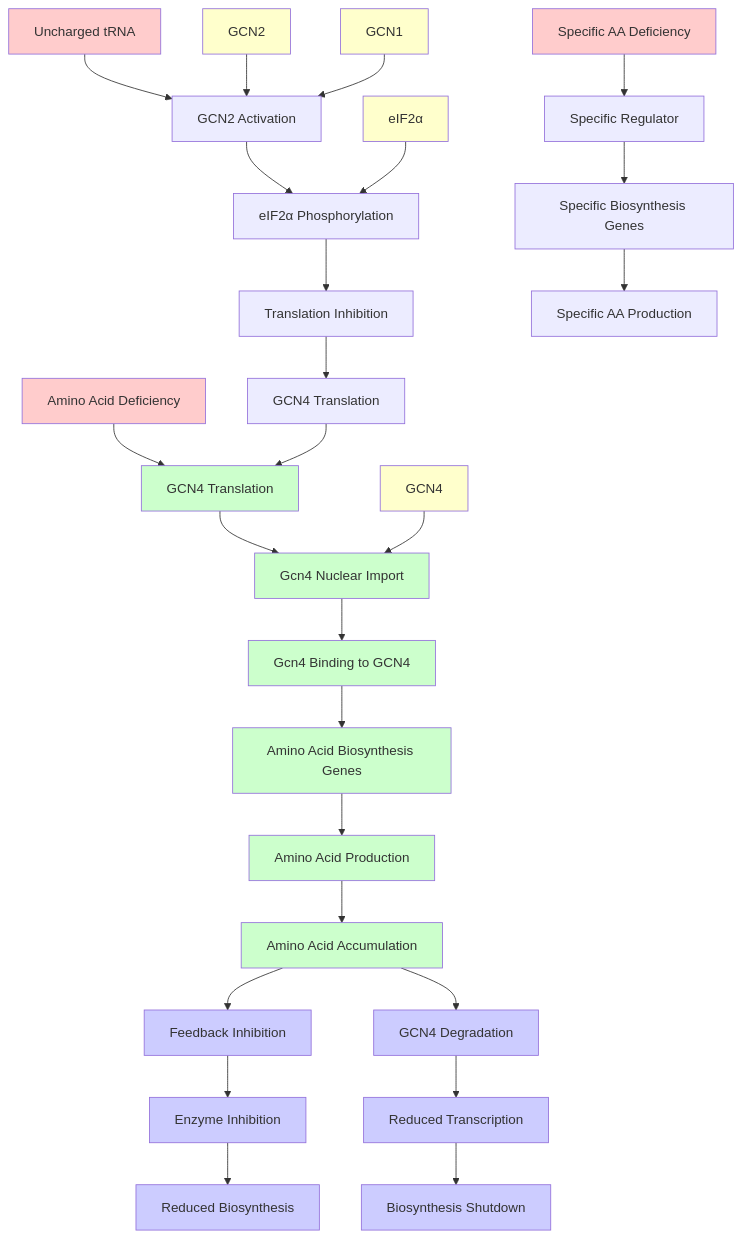
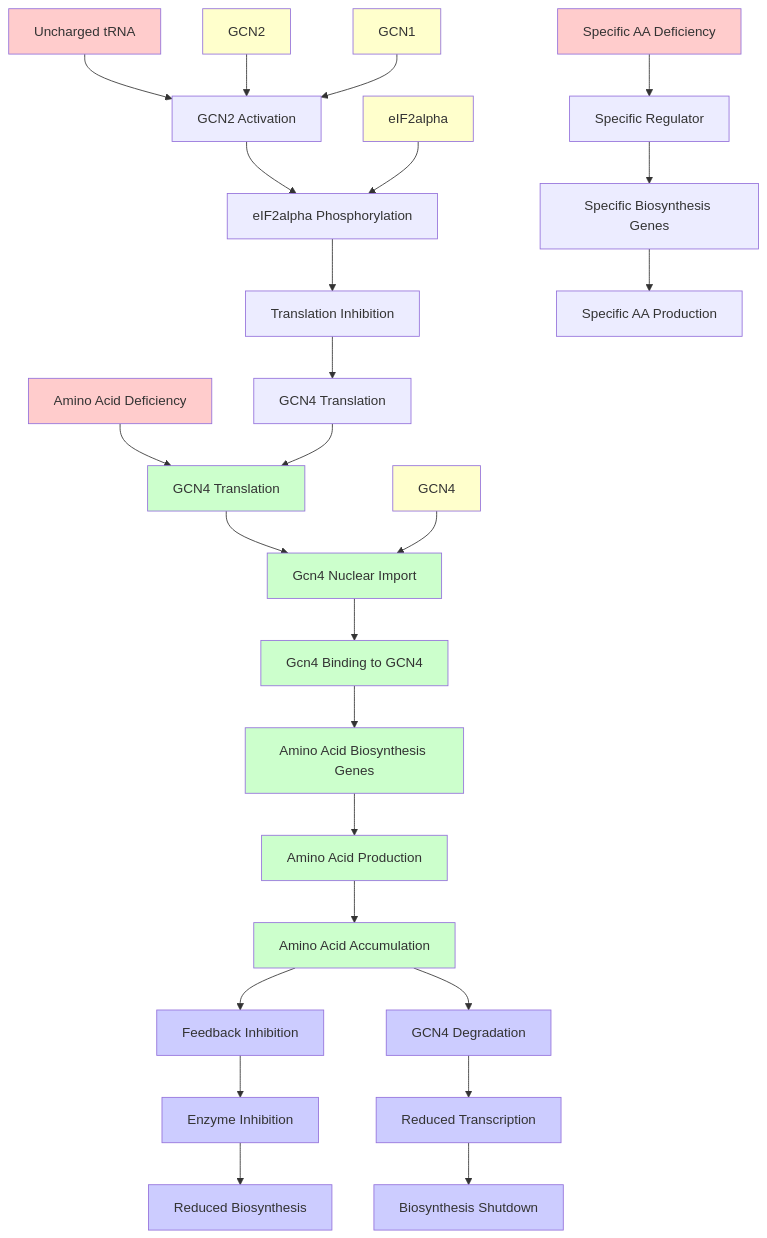
One commit to garywelz/glmp changed the diagram in docs/paper/community/contributions/new_charts/amino_acid_biosynthesis_regulation.mmd. Above: the diagram before and after it, drawn with Mermaid. The commit also changed 30 other files, not shown here.

Commit message:
Update greek letters and prime notation in multiple diagrams

```diff
--- a/docs/paper/community/contributions/new_charts/amino_acid_biosynthesis_regulation.mmd
+++ b/docs/paper/community/contributions/new_charts/amino_acid_biosynthesis_regulation.mmd
@@ -1,44 +1,44 @@
 flowchart TD
     A[Amino Acid Deficiency] --> B[GCN4 Translation]
     B --> C[Gcn4 Nuclear Import]
     C --> D[Gcn4 Binding to GCN4]
     D --> E[Amino Acid Biosynthesis Genes]
     E --> F[Amino Acid Production]
     F --> G[Amino Acid Accumulation]
     G --> H[Feedback Inhibition]
     H --> I[Enzyme Inhibition]
     I --> J[Reduced Biosynthesis]
     
     %% GCN2 pathway
     K[Uncharged tRNA] --> L[GCN2 Activation]
-    L --> M[eIF2α Phosphorylation]
+    L --> M[eIF2alpha Phosphorylation]
     M --> N[Translation Inhibition]
     N --> O[GCN4 Translation]
     O --> B
     
     %% Amino acid specific regulation
     P[Specific AA Deficiency] --> Q[Specific Regulator]
     Q --> R[Specific Biosynthesis Genes]
     R --> S[Specific AA Production]
     
     %% Feedback loops
     G --> T[GCN4 Degradation]
     T --> U[Reduced Transcription]
     U --> V[Biosynthesis Shutdown]
     
     %% Key proteins
     W[GCN4] --> C
     X[GCN2] --> L
-    Y[eIF2α] --> M
+    Y[eIF2alpha] --> M
     Z[GCN1] --> L
     
     %% Styling
     classDef deficiency fill:#ffcccc
     classDef biosynthesis fill:#ccffcc
     classDef feedback fill:#ccccff
     classDef protein fill:#ffffcc
     
     class A,K,P deficiency
     class B,C,D,E,F,G biosynthesis
     class H,I,J,T,U,V feedback
     class W,X,Y,Z protein
```
